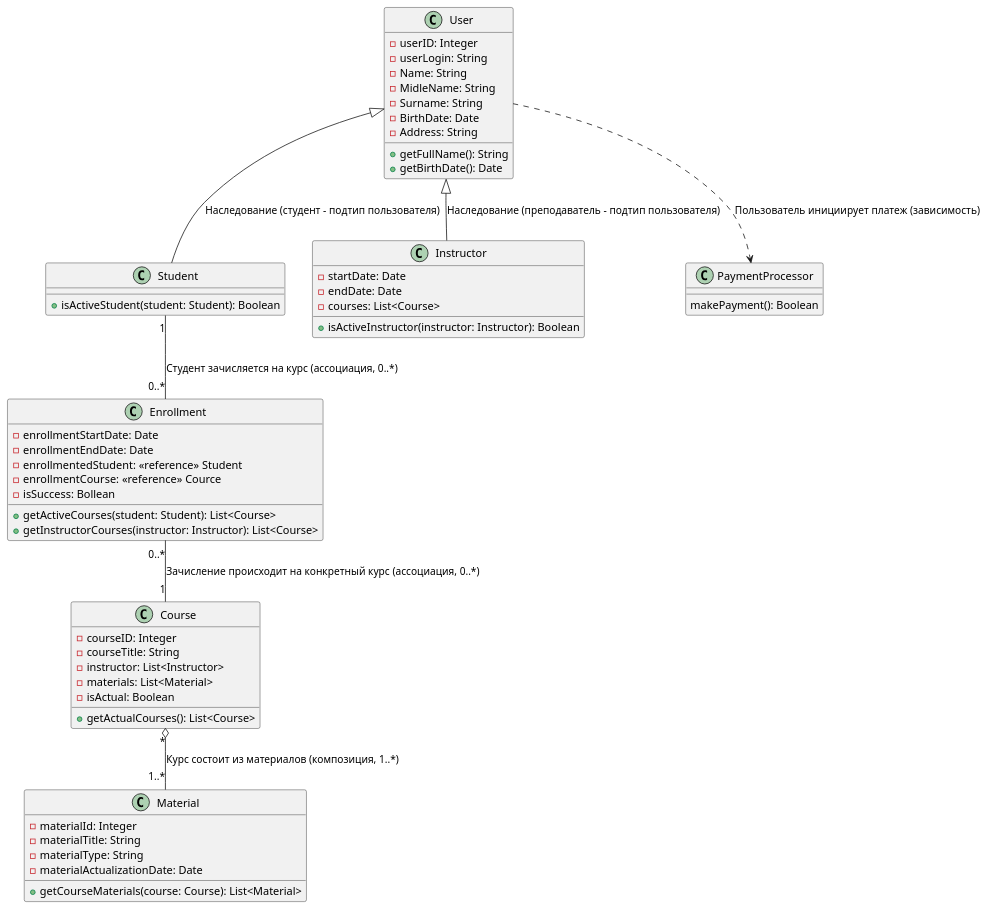
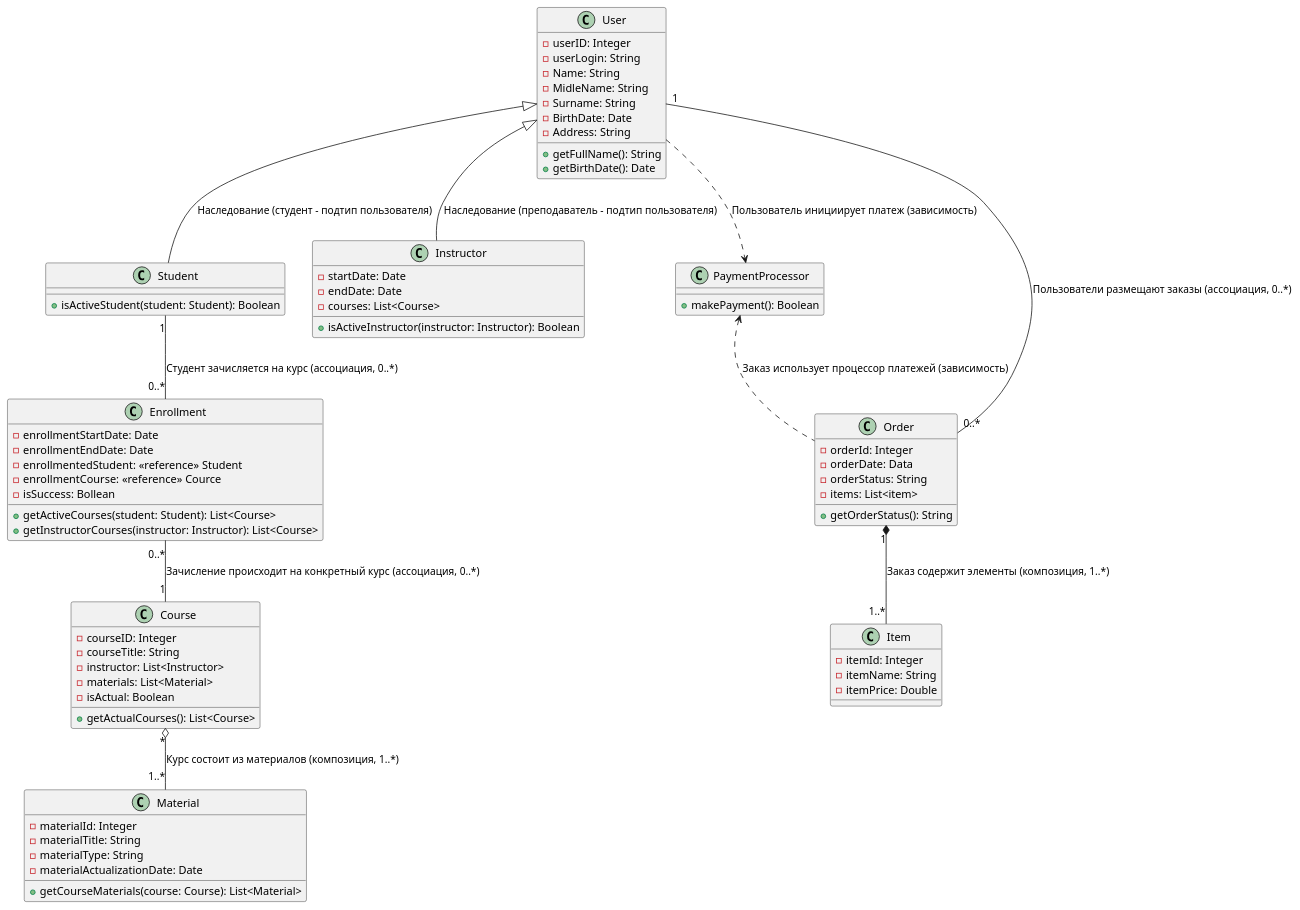
The diagram in lesson_6/class_diagram.wsd (alex-s-pavlov/uml), drawn with PlantUML before and after one commit.

Commit message:
Class diagram updated

```diff
--- a/lesson_6/class_diagram.wsd
+++ b/lesson_6/class_diagram.wsd
@@ -1,64 +1,81 @@
 @startuml Class diagram
 
 class User {
     -userID: Integer
     -userLogin: String
     -Name: String
     -MidleName: String
     -Surname: String
     -BirthDate: Date
     -Address: String
     +getFullName(): String
     +getBirthDate(): Date
 }
 
 class Student{
     +isActiveStudent(student: Student): Boolean
 }
 
 class Instructor{
     -startDate: Date
     -endDate: Date
     -courses: List<Course>
     +isActiveInstructor(instructor: Instructor): Boolean
 }
 
 class Course{
     -courseID: Integer
     -courseTitle: String
     -instructor: List<Instructor>
     -materials: List<Material>
     -isActual: Boolean
     +getActualCourses(): List<Course>
 }
 
 class Enrollment{
     -enrollmentStartDate: Date
     -enrollmentEndDate: Date
     -enrollmentedStudent: <<reference>> Student
     -enrollmentCourse: <<reference>> Cource
     -isSuccess: Bollean
     +getActiveCourses(student: Student): List<Course>
     +getInstructorCourses(instructor: Instructor): List<Course>
 }
 
 class Material{
     -materialId: Integer
     -materialTitle: String
     -materialType: String
     -materialActualizationDate: Date
     +getCourseMaterials(course: Course): List<Material>
 }
 
 class PaymentProcessor{
-    makePayment(): Boolean
+    +makePayment(): Boolean
+}
+
+class Order {
+    -orderId: Integer
+    -orderDate: Data
+    -orderStatus: String
+    -items: List<item>
+    +getOrderStatus(): String
+}
+
+class Item{
+    -itemId: Integer
+    -itemName: String
+    -itemPrice: Double
 }
 
 User <|-- Student: Наследование (студент - подтип пользователя)
 User <|-- Instructor: Наследование (преподаватель - подтип пользователя)
 Student "1" -- "0..*" Enrollment: Студент зачисляется на курс (ассоциация, 0..*)
 Enrollment "0..*" -- "1" Course: Зачисление происходит на конкретный курс (ассоциация, 0..*)
 Course "*" o-- "1..*" Material: Курс состоит из материалов (композиция, 1..*)
 User ..> PaymentProcessor: Пользователь инициирует платеж (зависимость)
+PaymentProcessor <.. Order: Заказ использует процессор платежей (зависимость)
+Order "1" *-- "1..*" Item: Заказ содержит элементы (композиция, 1..*)
+User "1" -- "0..*" Order: Пользователи размещают заказы (ассоциация, 0..*) 
 
 @enduml
```
